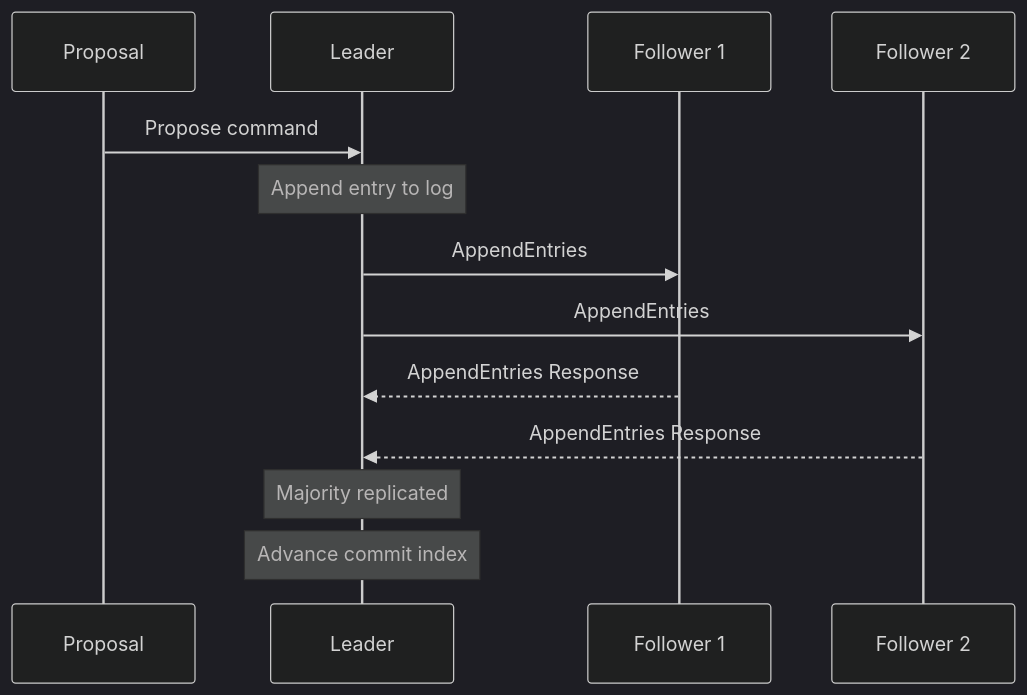
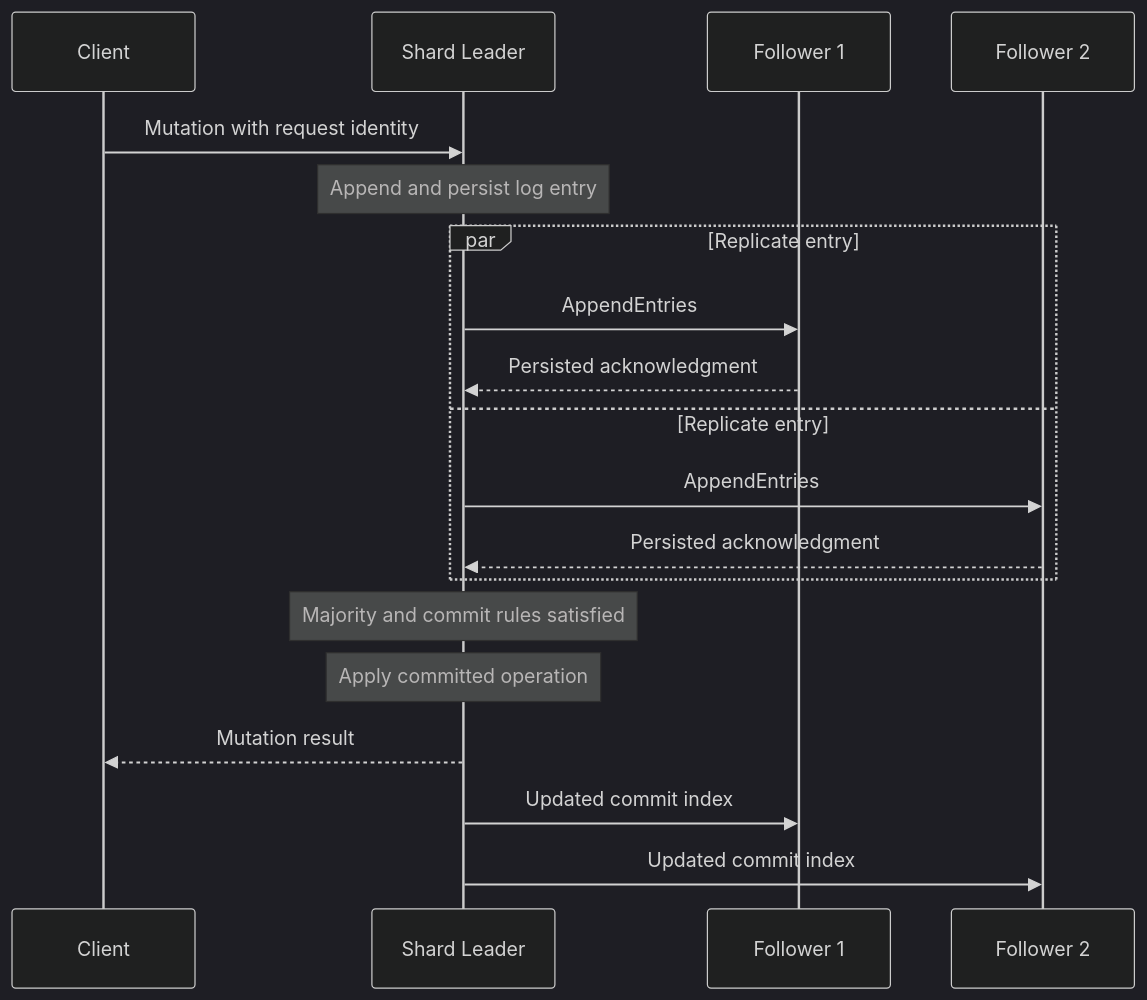
Before and after one commit to KrishShah1912/ShardRAFT: the fourth of 8 diagrams in README.md, drawn with Mermaid (dark theme). The commit also changed other lines of this file, not shown here.

Commit message:
docs: update README with complete ShardRAFT implementation (#27)

````diff
--- a/README.md
+++ b/README.md
@@ -326,19 +389,24 @@
 ```mermaid
 sequenceDiagram
-    participant C as Proposal
-    participant L as Leader
+    participant C as Client
+    participant L as Shard Leader
     participant F1 as Follower 1
     participant F2 as Follower 2
 
-    C->>L: Propose command
-    Note over L: Append entry to log
+    C->>L: Mutation with request identity
+    Note over L: Append and persist log entry
 
-    L->>F1: AppendEntries
-    L->>F2: AppendEntries
+    par Replicate entry
+        L->>F1: AppendEntries
+        F1-->>L: Persisted acknowledgment
+    and Replicate entry
+        L->>F2: AppendEntries
+        F2-->>L: Persisted acknowledgment
+    end
 
-    F1-->>L: AppendEntries Response
-    F2-->>L: AppendEntries Response
-
-    Note over L: Majority replicated
-    Note over L: Advance commit index
+    Note over L: Majority and commit rules satisfied
+    Note over L: Apply committed operation
+    L-->>C: Mutation result
+    L->>F1: Updated commit index
+    L->>F2: Updated commit index
 ```
````
